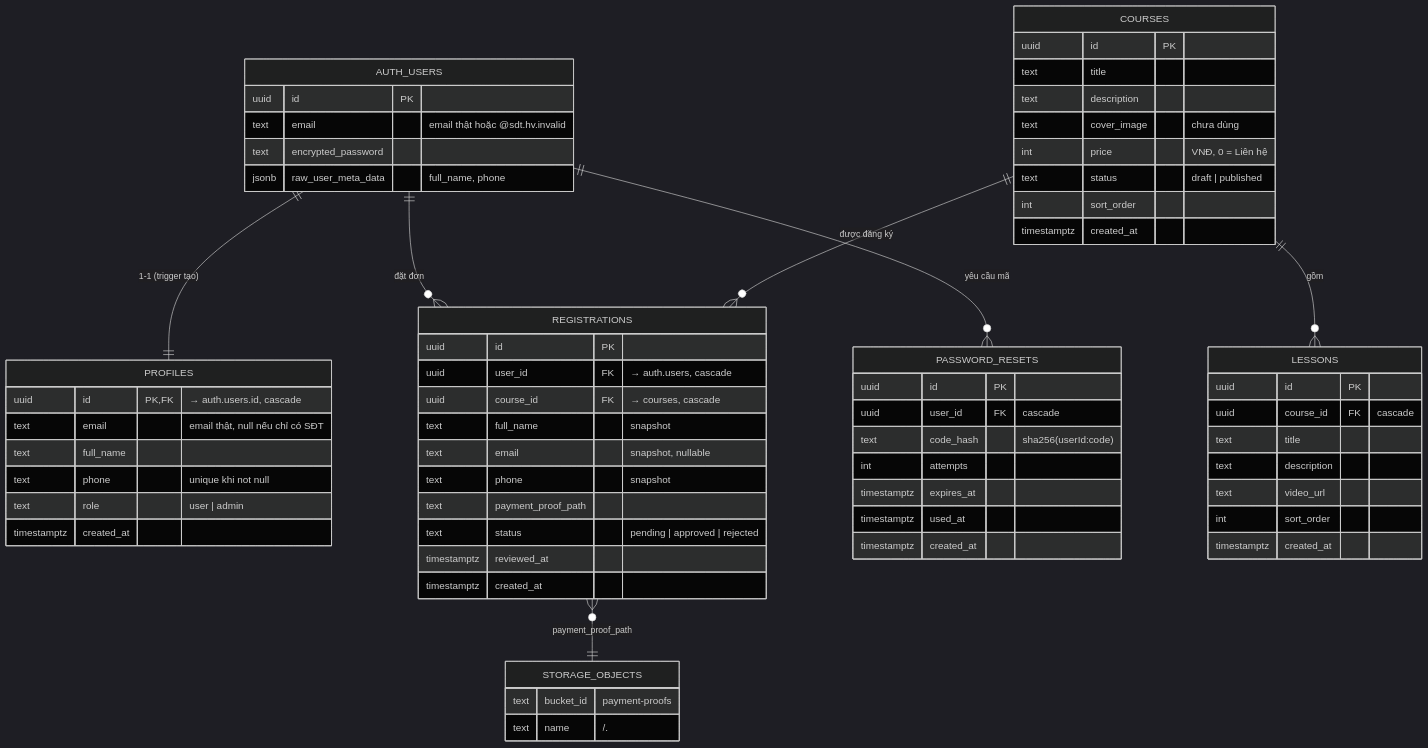
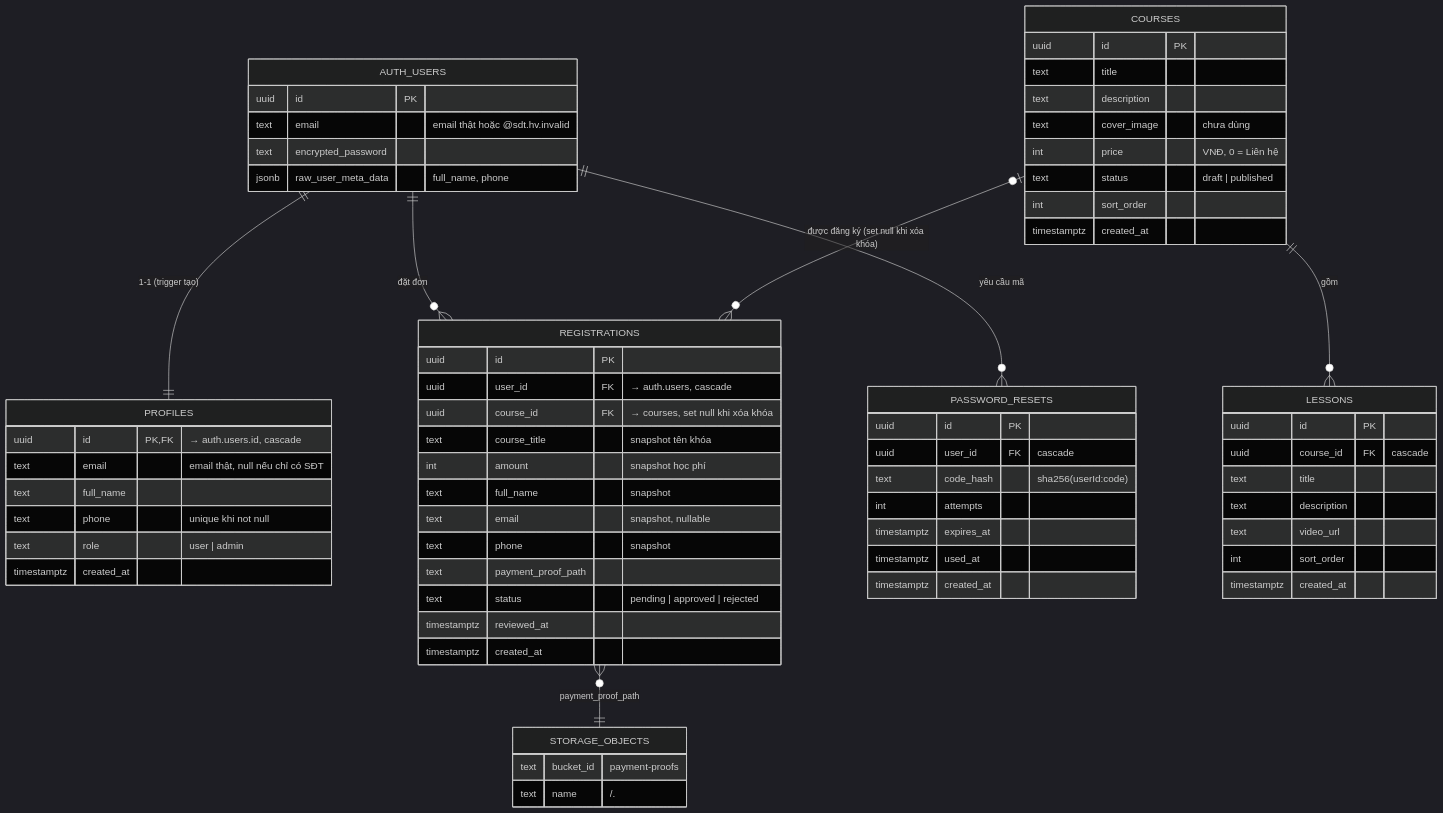
Before and after one commit to dgquan1001/course-platform: the diagram in web design structure/04-database/database-design.md, drawn with Mermaid (dark theme). The commit also changed other lines of this file and 13 other files, not shown here.

````diff
--- a/web design structure/04-database/database-design.md
+++ b/web design structure/04-database/database-design.md
@@ -8,68 +8,70 @@
 ```mermaid
 erDiagram
   AUTH_USERS ||--|| PROFILES : "1-1 (trigger tạo)"
   AUTH_USERS ||--o{ REGISTRATIONS : "đặt đơn"
   AUTH_USERS ||--o{ PASSWORD_RESETS : "yêu cầu mã"
   COURSES ||--o{ LESSONS : "gồm"
-  COURSES ||--o{ REGISTRATIONS : "được đăng ký"
+  COURSES |o--o{ REGISTRATIONS : "được đăng ký (set null khi xóa khóa)"
   REGISTRATIONS }o--|| STORAGE_OBJECTS : "payment_proof_path"
 
   AUTH_USERS {
     uuid id PK
     text email "email thật hoặc <SĐT>@sdt.hv.invalid"
     text encrypted_password
     jsonb raw_user_meta_data "full_name, phone"
   }
   PROFILES {
     uuid id PK,FK "→ auth.users.id, cascade"
     text email "email thật, null nếu chỉ có SĐT"
     text full_name
     text phone "unique khi not null"
     text role "user | admin"
     timestamptz created_at
   }
   COURSES {
     uuid id PK
     text title
     text description
     text cover_image "chưa dùng"
     int price "VNĐ, 0 = Liên hệ"
     text status "draft | published"
     int sort_order
     timestamptz created_at
   }
   LESSONS {
     uuid id PK
     uuid course_id FK "cascade"
     text title
     text description
     text video_url
     int sort_order
     timestamptz created_at
   }
   REGISTRATIONS {
     uuid id PK
     uuid user_id FK "→ auth.users, cascade"
-    uuid course_id FK "→ courses, cascade"
+    uuid course_id FK "→ courses, set null khi xóa khóa"
+    text course_title "snapshot tên khóa"
+    int amount "snapshot học phí"
     text full_name "snapshot"
     text email "snapshot, nullable"
     text phone "snapshot"
     text payment_proof_path
     text status "pending | approved | rejected"
     timestamptz reviewed_at
     timestamptz created_at
   }
   PASSWORD_RESETS {
     uuid id PK
     uuid user_id FK "cascade"
     text code_hash "sha256(userId:code)"
     int attempts
     timestamptz expires_at
     timestamptz used_at
     timestamptz created_at
   }
   STORAGE_OBJECTS {
     text bucket_id "payment-proofs"
     text name "<userId>/<uuid>.<ext>"
   }
 ```
````
